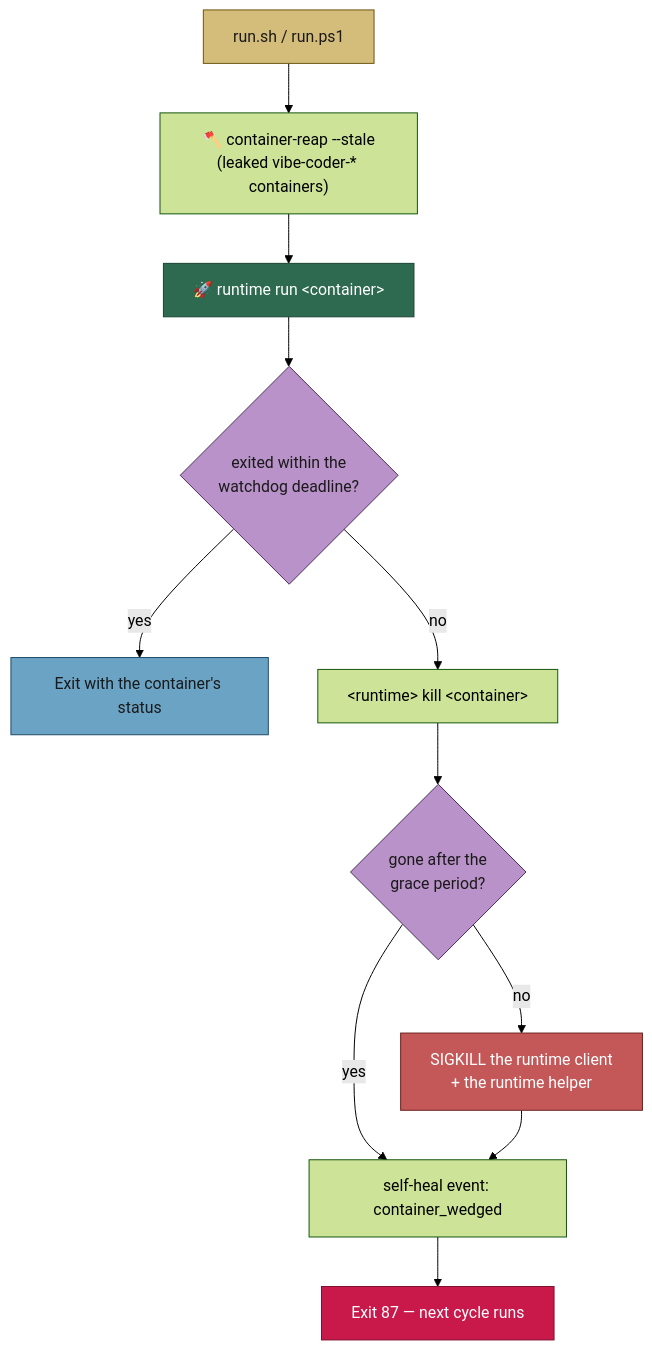
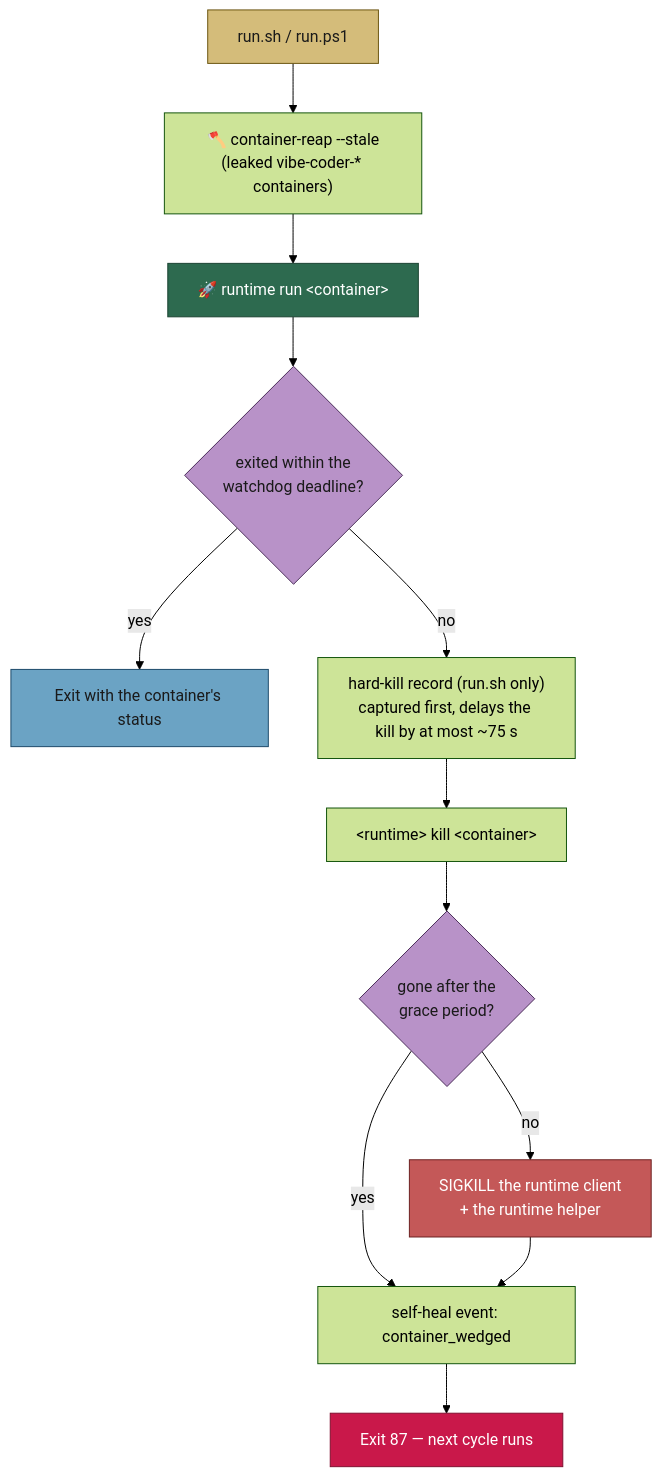
The third of 6 diagrams in docs/workflows/resilience-and-concurrency.md (stSoftwareAU/VibeCoder), drawn with Mermaid (forest theme) before and after one commit. The commit also changed other lines of this file and 13 other files, not shown here.

First line of the commit message:
Hard kill: capture redacted evidence before the launcher watchdog reaps a wedged container (Issue #4253) (#4302)

````diff
--- a/docs/workflows/resilience-and-concurrency.md
+++ b/docs/workflows/resilience-and-concurrency.md
@@ -169,26 +171,27 @@
 ```mermaid
 flowchart TD
   Start["run.sh / run.ps1"]
   Pre["🪓 container-reap --stale<br/>(leaked vibe-coder-* containers)"]
   Launch["🚀 runtime run &lt;container&gt;"]
   Deadline{"exited within the<br/>watchdog deadline?"}
   Normal["Exit with the container's status"]
+  Evidence["hard-kill record (run.sh only)<br/>captured first, delays the kill by at most ~75 s"]
   Kill["&lt;runtime&gt; kill &lt;container&gt;"]
   Grace{"gone after the<br/>grace period?"}
   Sigkill["SIGKILL the runtime client<br/>+ the runtime helper"]
   Event["self-heal event: container_wedged"]
   Wedged["Exit 87 — next cycle runs"]
   Start --> Pre --> Launch --> Deadline
   Deadline -->|yes| Normal
-  Deadline -->|no| Kill --> Grace
+  Deadline -->|no| Evidence --> Kill --> Grace
   Grace -->|yes| Event
   Grace -->|no| Sigkill --> Event
   Event --> Wedged
   style Start fill:#d4bc7a,stroke:#6b5510,color:#1a1a1a
   style Launch fill:#2d6a4f,stroke:#1b4332,color:#fff
   style Deadline fill:#b892c8,stroke:#4a2d5a,color:#1a1a1a
   style Grace fill:#b892c8,stroke:#4a2d5a,color:#1a1a1a
   style Sigkill fill:#c45858,stroke:#6b2020,color:#fff
   style Wedged fill:#c9184a,stroke:#800f2f,color:#fff
   style Normal fill:#6ba3c4,stroke:#1d4a6a,color:#1a1a1a
 ```
````
